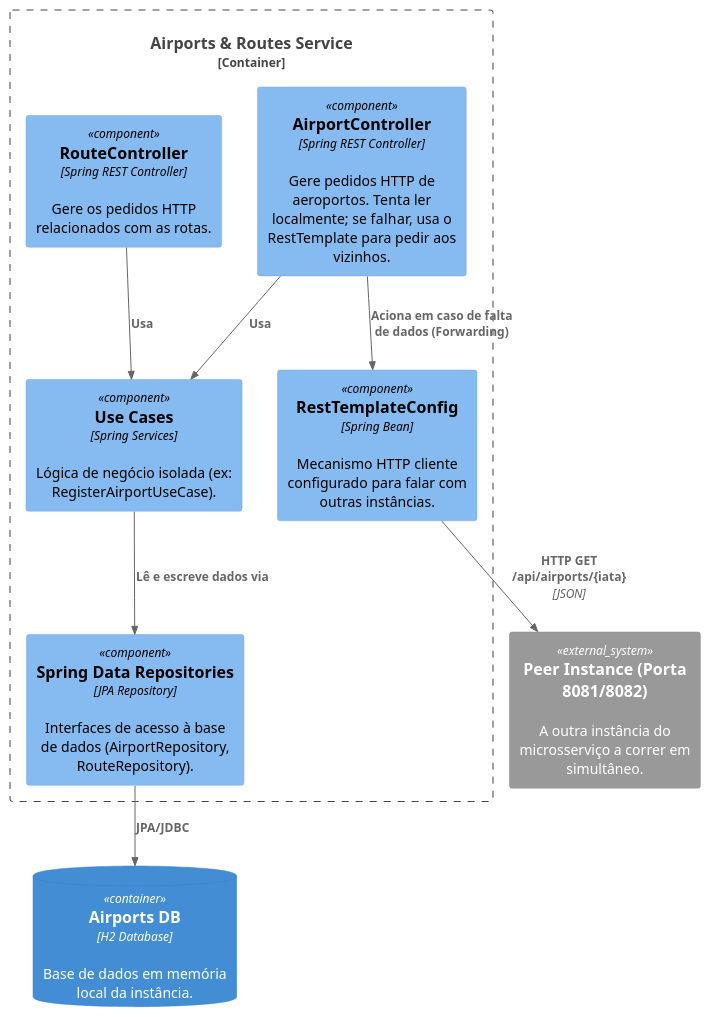
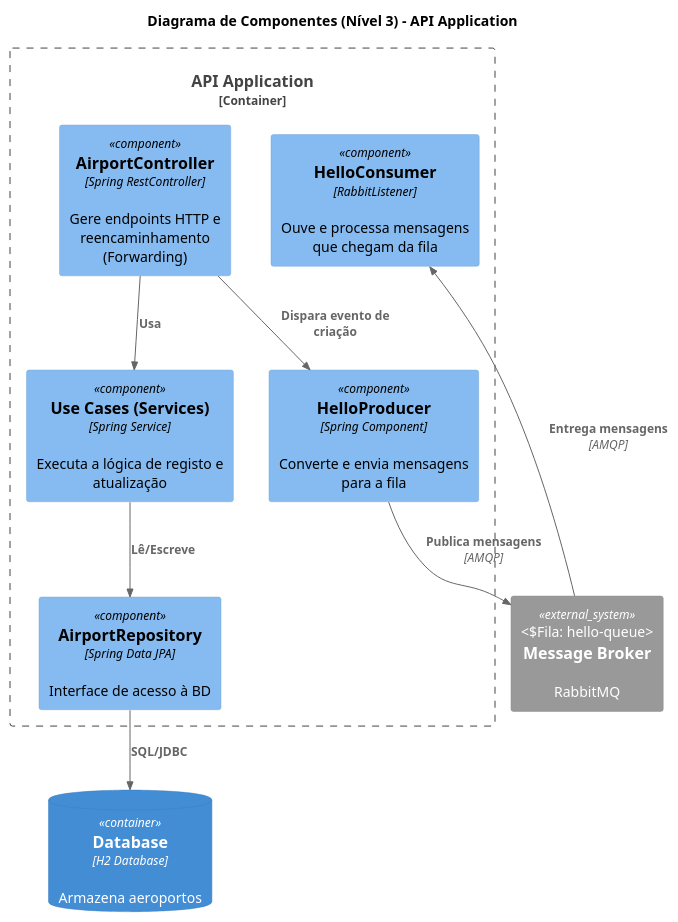
Before and after one commit to jvonhafe/LETI_1241237_SIDIS_2026: the diagram in airportRoutes-service/docs/c4_level3_components.puml, drawn with PlantUML. The commit also changed 5 other files, not shown here.

Commit message:
finalização da parte do codigo e diagramas

```diff
--- a/airportRoutes-service/docs/c4_level3_components.puml
+++ b/airportRoutes-service/docs/c4_level3_components.puml
@@ -1,26 +1,25 @@
 @startuml
 !include https://raw.githubusercontent.com/plantuml-stdlib/C4-PlantUML/master/C4_Component.puml
 
-Container_Boundary(api, "Airports & Routes Service") {
-    Component(airportCtrl, "AirportController", "Spring REST Controller", "Gere pedidos HTTP de aeroportos. Tenta ler localmente; se falhar, usa o RestTemplate para pedir aos vizinhos.")
-    Component(routeCtrl, "RouteController", "Spring REST Controller", "Gere os pedidos HTTP relacionados com as rotas.")
+title Diagrama de Componentes (Nível 3) - API Application
 
-    Component(restTemplate, "RestTemplateConfig", "Spring Bean", "Mecanismo HTTP cliente configurado para falar com outras instâncias.")
+ContainerDb(db, "Database", "H2 Database", "Armazena aeroportos")
+System_Ext(rabbitmq, "Message Broker", "RabbitMQ", "Fila: hello-queue")
 
-    Component(usecases, "Use Cases", "Spring Services", "Lógica de negócio isolada (ex: RegisterAirportUseCase).")
+Container_Boundary(api, "API Application") {
+    Component(controller, "AirportController", "Spring RestController", "Gere endpoints HTTP e reencaminhamento (Forwarding)")
+    Component(usecases, "Use Cases (Services)", "Spring Service", "Executa a lógica de registo e atualização")
+    Component(repo, "AirportRepository", "Spring Data JPA", "Interface de acesso à BD")
 
-    Component(repo, "Spring Data Repositories", "JPA Repository", "Interfaces de acesso à base de dados (AirportRepository, RouteRepository).")
+    Component(producer, "HelloProducer", "Spring Component", "Converte e envia mensagens para a fila")
+    Component(consumer, "HelloConsumer", "RabbitListener", "Ouve e processa mensagens que chegam da fila")
 }
 
-ContainerDb(db, "Airports DB", "H2 Database", "Base de dados em memória local da instância.")
-System_Ext(peerInstance, "Peer Instance (Porta 8081/8082)", "A outra instância do microsserviço a correr em simultâneo.")
+Rel(controller, usecases, "Usa")
+Rel(controller, producer, "Dispara evento de criação")
+Rel(usecases, repo, "Lê/Escreve")
+Rel(repo, db, "SQL/JDBC")
 
-Rel(airportCtrl, usecases, "Usa")
-Rel(routeCtrl, usecases, "Usa")
-Rel(usecases, repo, "Lê e escreve dados via")
-Rel(repo, db, "JPA/JDBC")
-
-Rel(airportCtrl, restTemplate, "Aciona em caso de falta de dados (Forwarding)")
-Rel(restTemplate, peerInstance, "HTTP GET /api/airports/{iata}", "JSON")
-
+Rel(producer, rabbitmq, "Publica mensagens", "AMQP")
+Rel(rabbitmq, consumer, "Entrega mensagens", "AMQP")
 @enduml
```
